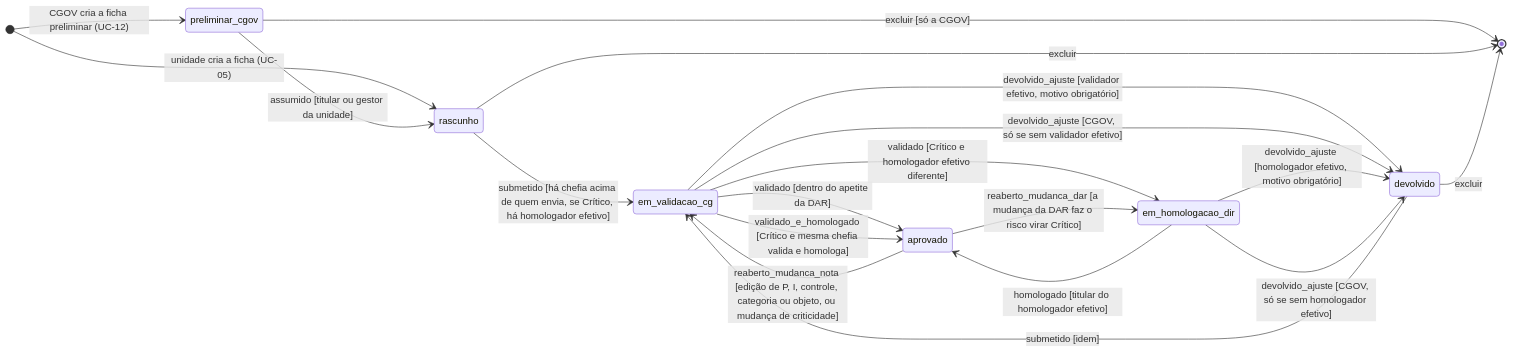
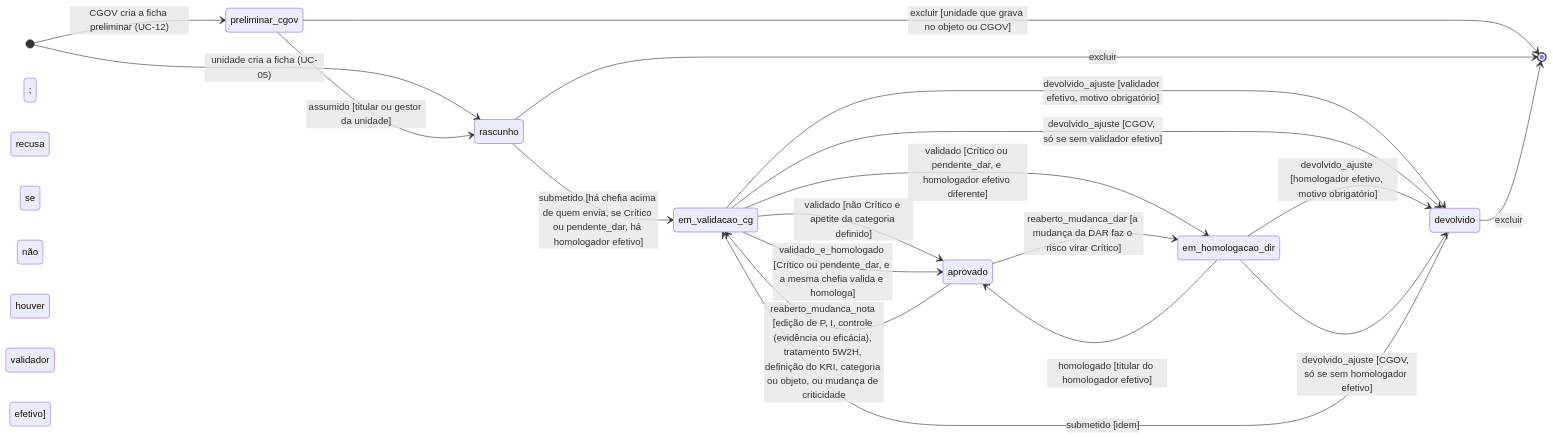
Before and after one commit to lpchagas/cgov-riscos: the first of 2 diagrams in docs/50-nivel5-software/uml-05-maquina-estados.md, drawn with Mermaid. The commit also changed 12 other files, not shown here.

Commit message:
docs(fase4): triagem da revisão final dos ADRs 0004-0016 e dos diagramas UML

````diff
--- a/docs/50-nivel5-software/uml-05-maquina-estados.md
+++ b/docs/50-nivel5-software/uml-05-maquina-estados.md
@@ -16,22 +16,22 @@
 ```mermaid
 stateDiagram-v2
   direction LR
   [*] --> preliminar_cgov : CGOV cria a ficha preliminar (UC-12)
   [*] --> rascunho : unidade cria a ficha (UC-05)
   preliminar_cgov --> rascunho : assumido [titular ou gestor da unidade]
-  preliminar_cgov --> [*] : excluir [só a CGOV]
-  rascunho --> em_validacao_cg : submetido [há chefia acima de quem envia, se Crítico, há homologador efetivo]
+  preliminar_cgov --> [*] : excluir [unidade que grava no objeto ou CGOV]
+  rascunho --> em_validacao_cg : submetido [há chefia acima de quem envia, se Crítico ou pendente_dar, há homologador efetivo]
   rascunho --> [*] : excluir
   devolvido --> em_validacao_cg : submetido [idem]
   devolvido --> [*] : excluir
-  em_validacao_cg --> aprovado : validado [dentro do apetite da DAR]
-  em_validacao_cg --> aprovado : validado_e_homologado [Crítico e mesma chefia valida e homologa]
-  em_validacao_cg --> em_homologacao_dir : validado [Crítico e homologador efetivo diferente]
+  em_validacao_cg --> aprovado : validado [não Crítico e apetite da categoria definido]
+  em_validacao_cg --> aprovado : validado_e_homologado [Crítico ou pendente_dar, e a mesma chefia valida e homologa]
+  em_validacao_cg --> em_homologacao_dir : validado [Crítico ou pendente_dar, e homologador efetivo diferente]
   em_validacao_cg --> devolvido : devolvido_ajuste [validador efetivo, motivo obrigatório]
   em_validacao_cg --> devolvido : devolvido_ajuste [CGOV, só se sem validador efetivo]
   em_homologacao_dir --> aprovado : homologado [titular do homologador efetivo]
   em_homologacao_dir --> devolvido : devolvido_ajuste [homologador efetivo, motivo obrigatório]
   em_homologacao_dir --> devolvido : devolvido_ajuste [CGOV, só se sem homologador efetivo]
-  aprovado --> em_validacao_cg : reaberto_mudanca_nota [edição de P, I, controle, categoria ou objeto, ou mudança de criticidade]
+  aprovado --> em_validacao_cg : reaberto_mudanca_nota [edição de P, I, controle (evidência ou eficácia), tratamento 5W2H, definição do KRI, categoria ou objeto, ou mudança de criticidade; recusa se não houver validador efetivo]
   aprovado --> em_homologacao_dir : reaberto_mudanca_dar [a mudança da DAR faz o risco virar Crítico]
 ```
````
